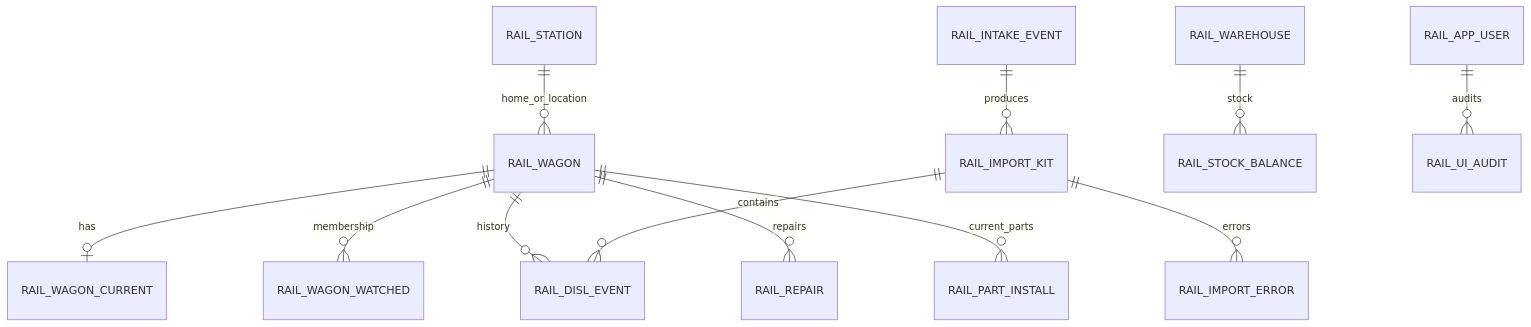
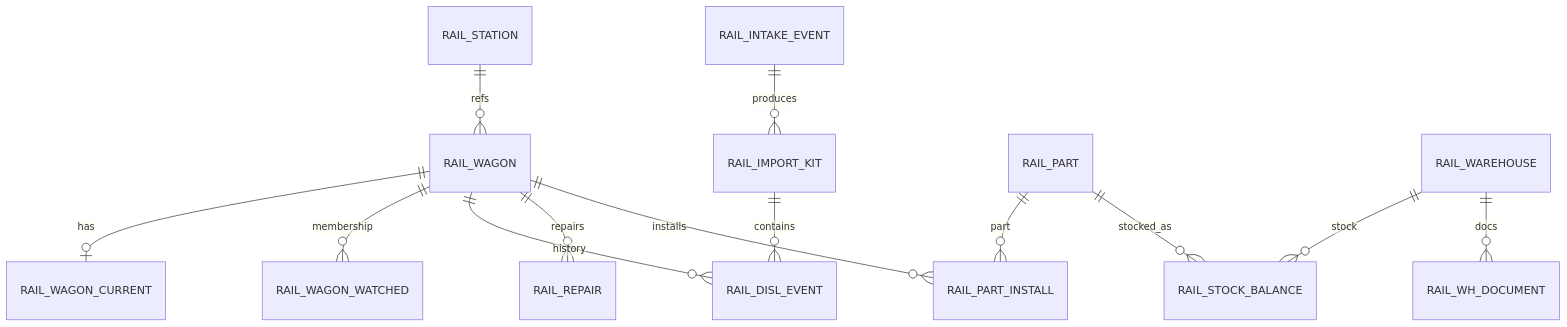
Before and after one commit to jumabay/ASUOP-project: the diagram in docs/architecture/27_RAILDB_ER_MODEL.md, drawn with Mermaid. The commit also changed other lines of this file and 78 other files, not shown here.

````diff
--- a/docs/architecture/27_RAILDB_ER_MODEL.md
+++ b/docs/architecture/27_RAILDB_ER_MODEL.md
@@ -8,14 +9,15 @@
 ```mermaid
 erDiagram
-  RAIL_STATION ||--o{ RAIL_WAGON : home_or_location
+  RAIL_STATION ||--o{ RAIL_WAGON : refs
   RAIL_WAGON ||--o| RAIL_WAGON_CURRENT : has
   RAIL_WAGON ||--o{ RAIL_WAGON_WATCHED : membership
   RAIL_WAGON ||--o{ RAIL_DISL_EVENT : history
   RAIL_IMPORT_KIT ||--o{ RAIL_DISL_EVENT : contains
   RAIL_INTAKE_EVENT ||--o{ RAIL_IMPORT_KIT : produces
   RAIL_WAGON ||--o{ RAIL_REPAIR : repairs
-  RAIL_WAGON ||--o{ RAIL_PART_INSTALL : current_parts
+  RAIL_WAGON ||--o{ RAIL_PART_INSTALL : installs
+  RAIL_PART ||--o{ RAIL_PART_INSTALL : part
   RAIL_WAREHOUSE ||--o{ RAIL_STOCK_BALANCE : stock
-  RAIL_APP_USER ||--o{ RAIL_UI_AUDIT : audits
-  RAIL_IMPORT_KIT ||--o{ RAIL_IMPORT_ERROR : errors
+  RAIL_WAREHOUSE ||--o{ RAIL_WH_DOCUMENT : docs
+  RAIL_PART ||--o{ RAIL_STOCK_BALANCE : stocked_as
 ```
````
